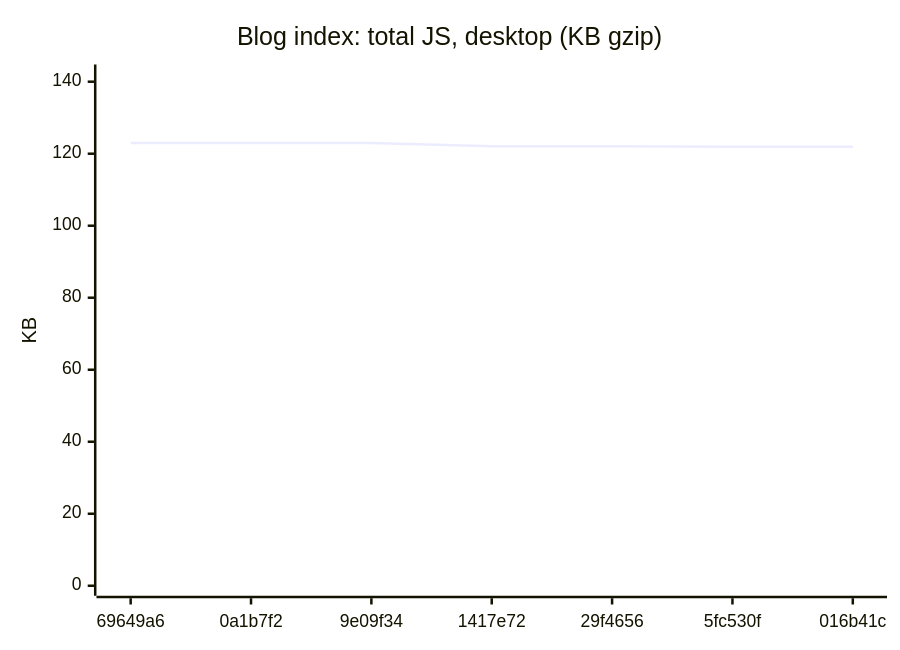
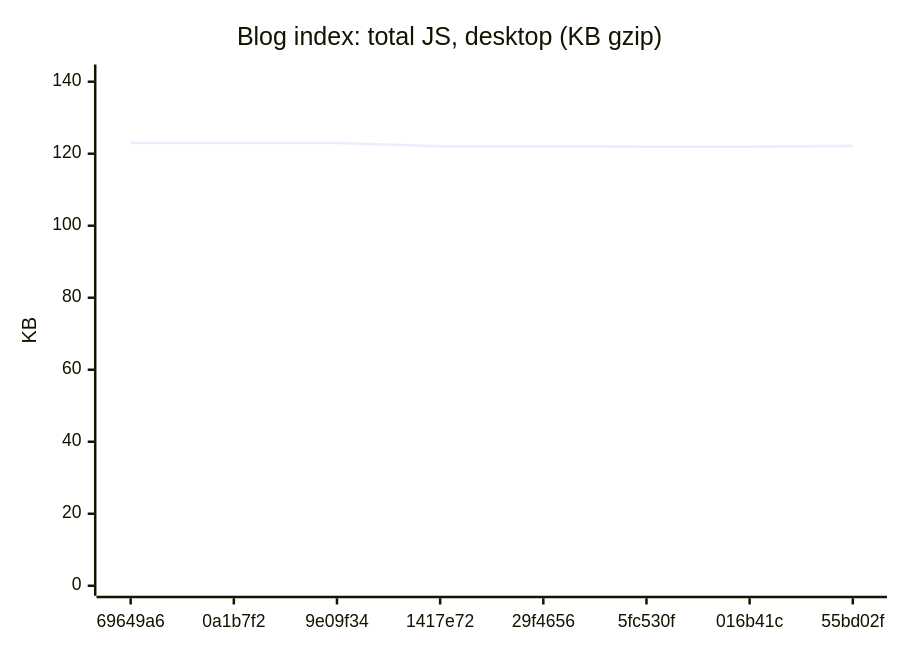
The third of 18 diagrams in README.md (AxelUser/maltsev.space), drawn with Mermaid before and after one commit. The commit also changed other lines of this file and 1 other file, not shown here.

````diff
--- a/README.md
+++ b/README.md
@@ -53,7 +53,7 @@
 ```mermaid
 xychart-beta
   title "Blog index: total JS, desktop (KB gzip)"
-  x-axis ["69649a6", "0a1b7f2", "9e09f34", "1417e72", "29f4656", "5fc530f", "016b41c"]
+  x-axis ["69649a6", "0a1b7f2", "9e09f34", "1417e72", "29f4656", "5fc530f", "016b41c", "55bd02f"]
   y-axis "KB" 0 --> 142
-  line [123, 123, 123, 122.1, 122.1, 121.9, 121.9]
+  line [123, 123, 123, 122.1, 122.1, 121.9, 121.9, 122.2]
 ```
````
